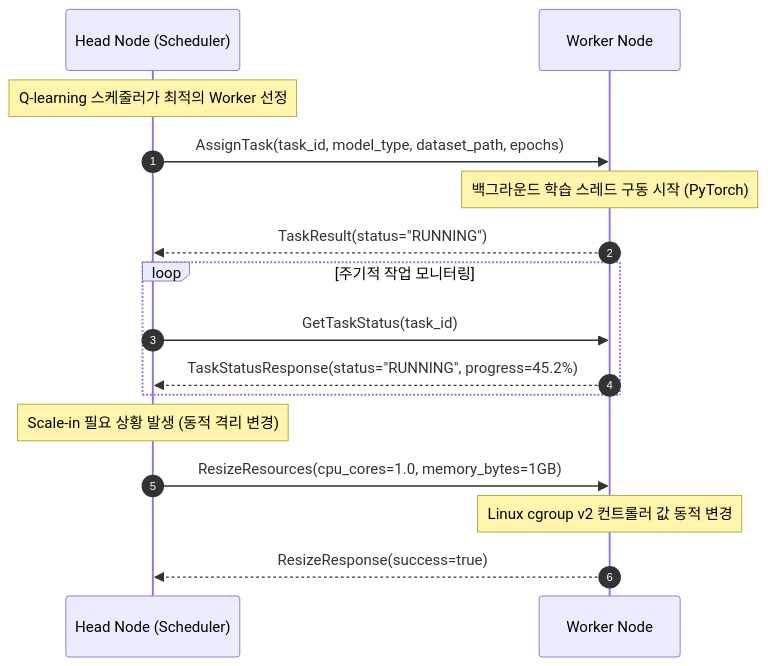
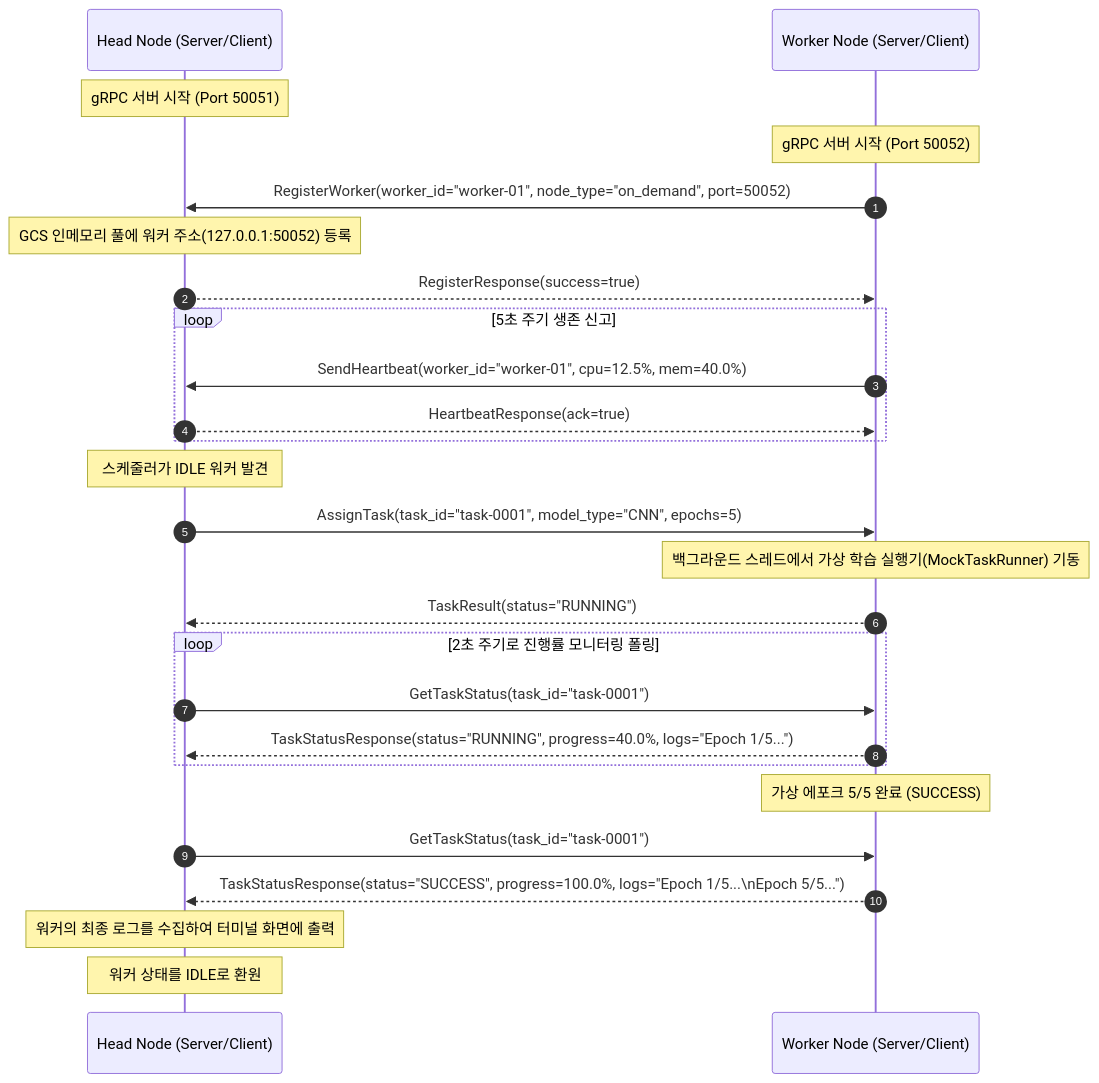
Before and after one commit to sijoon-sung/-WE-MEET: the diagram in proto/grpc_api_specification.md, drawn with Mermaid. The commit also changed other lines of this file and 3 other files, not shown here.

````diff
--- a/proto/grpc_api_specification.md
+++ b/proto/grpc_api_specification.md
@@ -95,21 +102,35 @@
 ```mermaid
 sequenceDiagram
     autonumber
-    participant H as Head Node (Scheduler)
-    participant W as Worker Node
+    participant H as Head Node (Server/Client)
+    participant W as Worker Node (Server/Client)
 
-    Note over H: Q-learning 스케줄러가 최적의 Worker 선정
-    H->>W: AssignTask(task_id, model_type, dataset_path, epochs)
-    Note over W: 백그라운드 학습 스레드 구동 시작 (PyTorch)
+    Note over H: gRPC 서버 시작 (Port 50051)
+    Note over W: gRPC 서버 시작 (Port 50052)
+    
+    W->>H: RegisterWorker(worker_id="worker-01", node_type="on_demand", port=50052)
+    Note over H: GCS 인메모리 풀에 워커 주소(127.0.0.1:50052) 등록
+    H-->>W: RegisterResponse(success=true)
+    
+    loop 5초 주기 생존 신고
+        W->>H: SendHeartbeat(worker_id="worker-01", cpu=12.5%, mem=40.0%)
+        H-->>W: HeartbeatResponse(ack=true)
+    end
+
+    Note over H: 스케줄러가 IDLE 워커 발견
+    H->>W: AssignTask(task_id="task-0001", model_type="CNN", epochs=5)
+    Note over W: 백그라운드 스레드에서 가상 학습 실행기(MockTaskRunner) 기동
     W-->>H: TaskResult(status="RUNNING")
 
-    loop 주기적 작업 모니터링
-        H->>W: GetTaskStatus(task_id)
-        W-->>H: TaskStatusResponse(status="RUNNING", progress=45.2%)
+    loop 2초 주기로 진행률 모니터링 폴링
+        H->>W: GetTaskStatus(task_id="task-0001")
+        W-->>H: TaskStatusResponse(status="RUNNING", progress=40.0%, logs="Epoch 1/5...")
     end
-
-    Note over H: Scale-in 필요 상황 발생 (동적 격리 변경)
-    H->>W: ResizeResources(cpu_cores=1.0, memory_bytes=1GB)
-    Note over W: Linux cgroup v2 컨트롤러 값 동적 변경
-    W-->>H: ResizeResponse(success=true)
+    
+    Note over W: 가상 에포크 5/5 완료 (SUCCESS)
+    
+    H->>W: GetTaskStatus(task_id="task-0001")
+    W-->>H: TaskStatusResponse(status="SUCCESS", progress=100.0%, logs="Epoch 1/5...\nEpoch 5/5...")
+    Note over H: 워커의 최종 로그를 수집하여 터미널 화면에 출력
+    Note over H: 워커 상태를 IDLE로 환원
 ```
````
